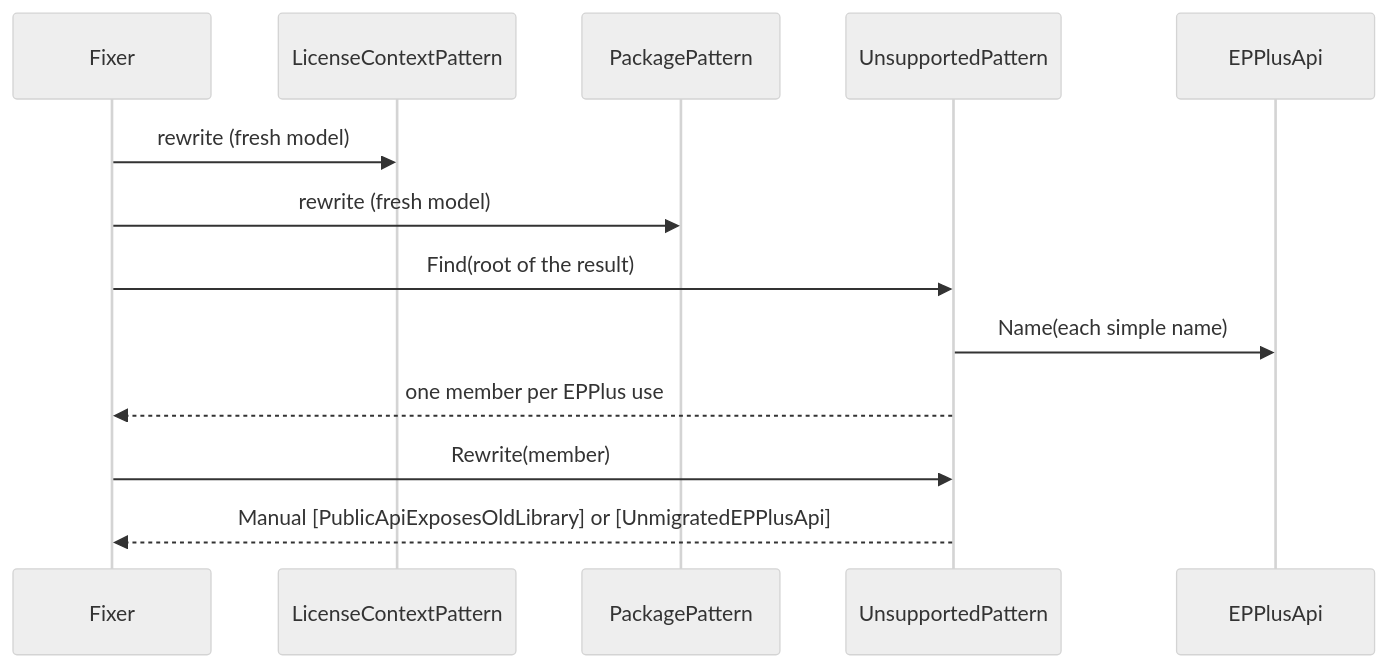
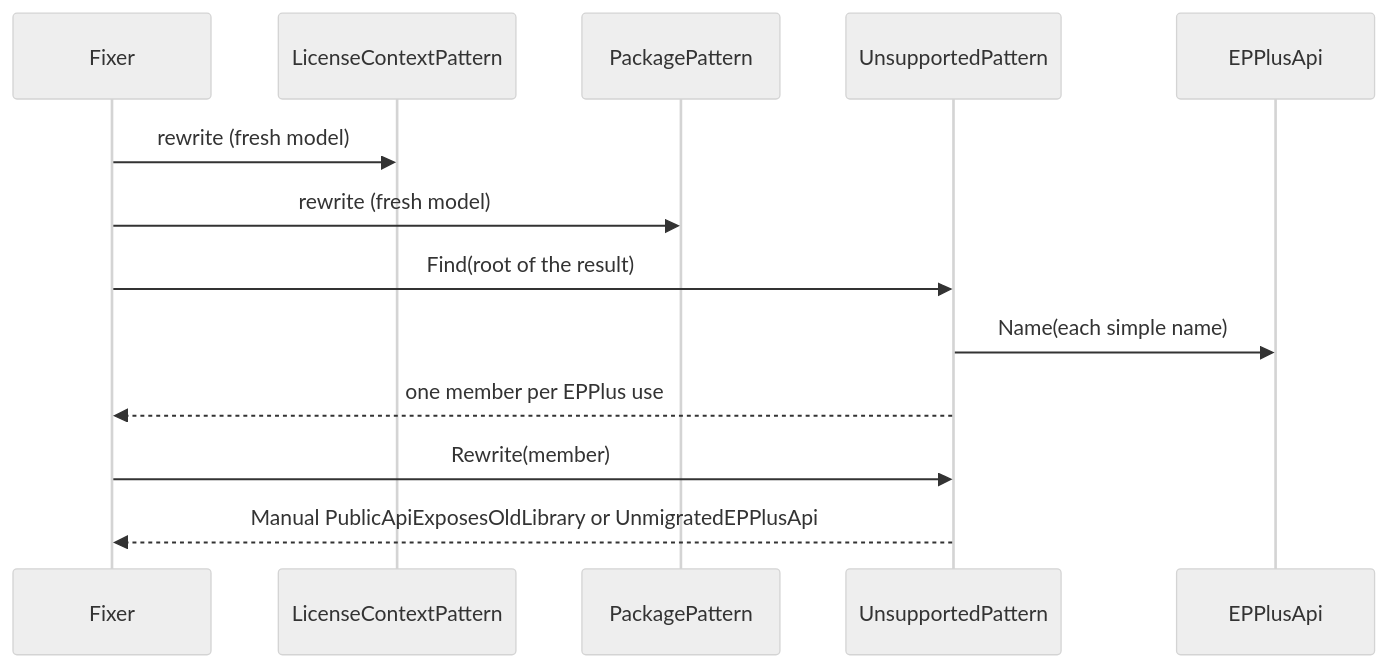
Before and after one commit to ATkingma/unshackle: the second of 3 diagrams in docs/projectinfo/patterns/epplus-unsupported-modellen.md, drawn with Mermaid (neutral theme). The commit also changed 25 other files, not shown here.

````diff
--- a/docs/projectinfo/patterns/epplus-unsupported-modellen.md
+++ b/docs/projectinfo/patterns/epplus-unsupported-modellen.md
@@ -22,10 +22,10 @@
 ```mermaid
 sequenceDiagram
     Fixer->>LicenseContextPattern: rewrite (fresh model)
     Fixer->>PackagePattern: rewrite (fresh model)
     Fixer->>UnsupportedPattern: Find(root of the result)
     UnsupportedPattern->>EPPlusApi: Name(each simple name)
     UnsupportedPattern-->>Fixer: one member per EPPlus use
     Fixer->>UnsupportedPattern: Rewrite(member)
-    UnsupportedPattern-->>Fixer: Manual [PublicApiExposesOldLibrary] or [UnmigratedEPPlusApi]
+    UnsupportedPattern-->>Fixer: Manual PublicApiExposesOldLibrary or UnmigratedEPPlusApi
 ```
````
